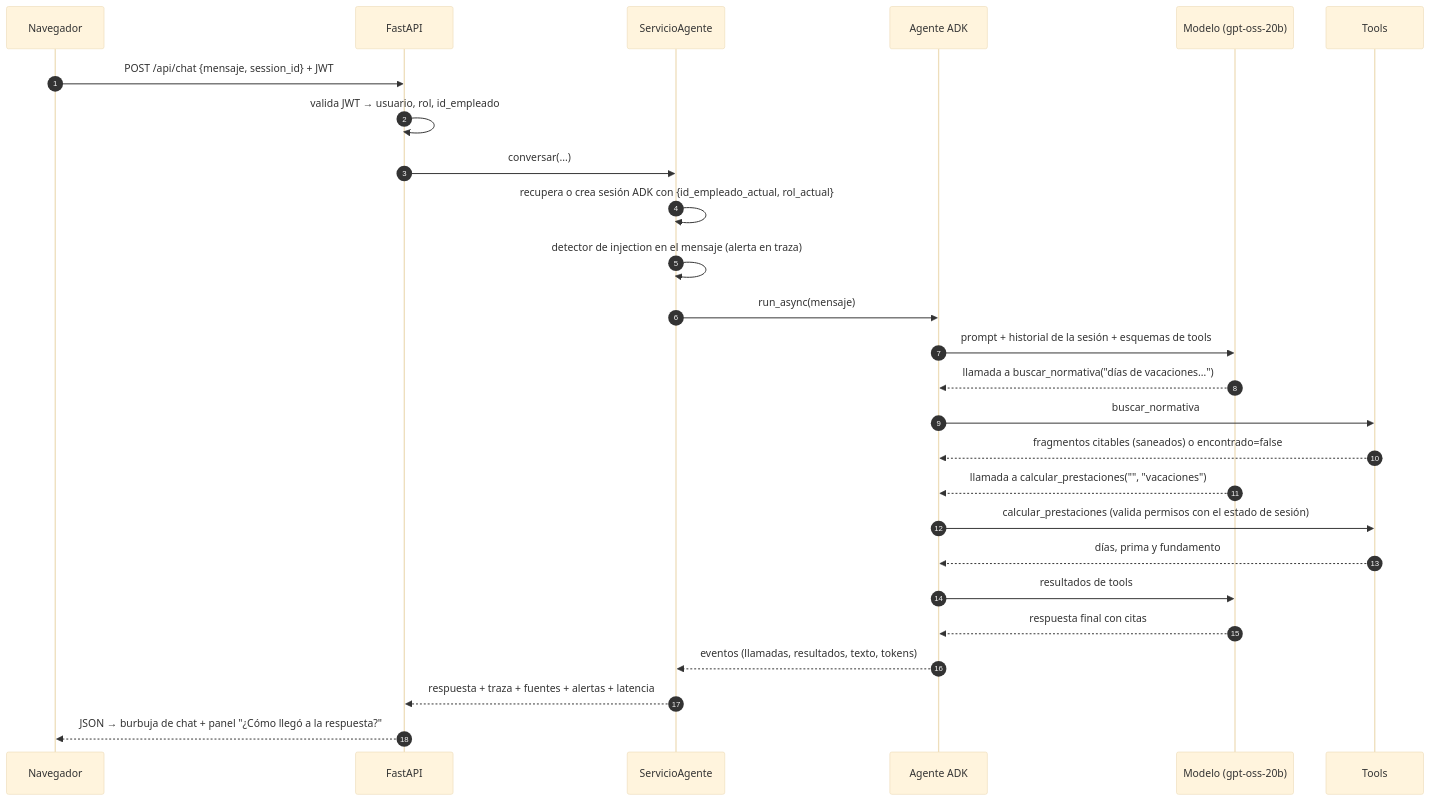
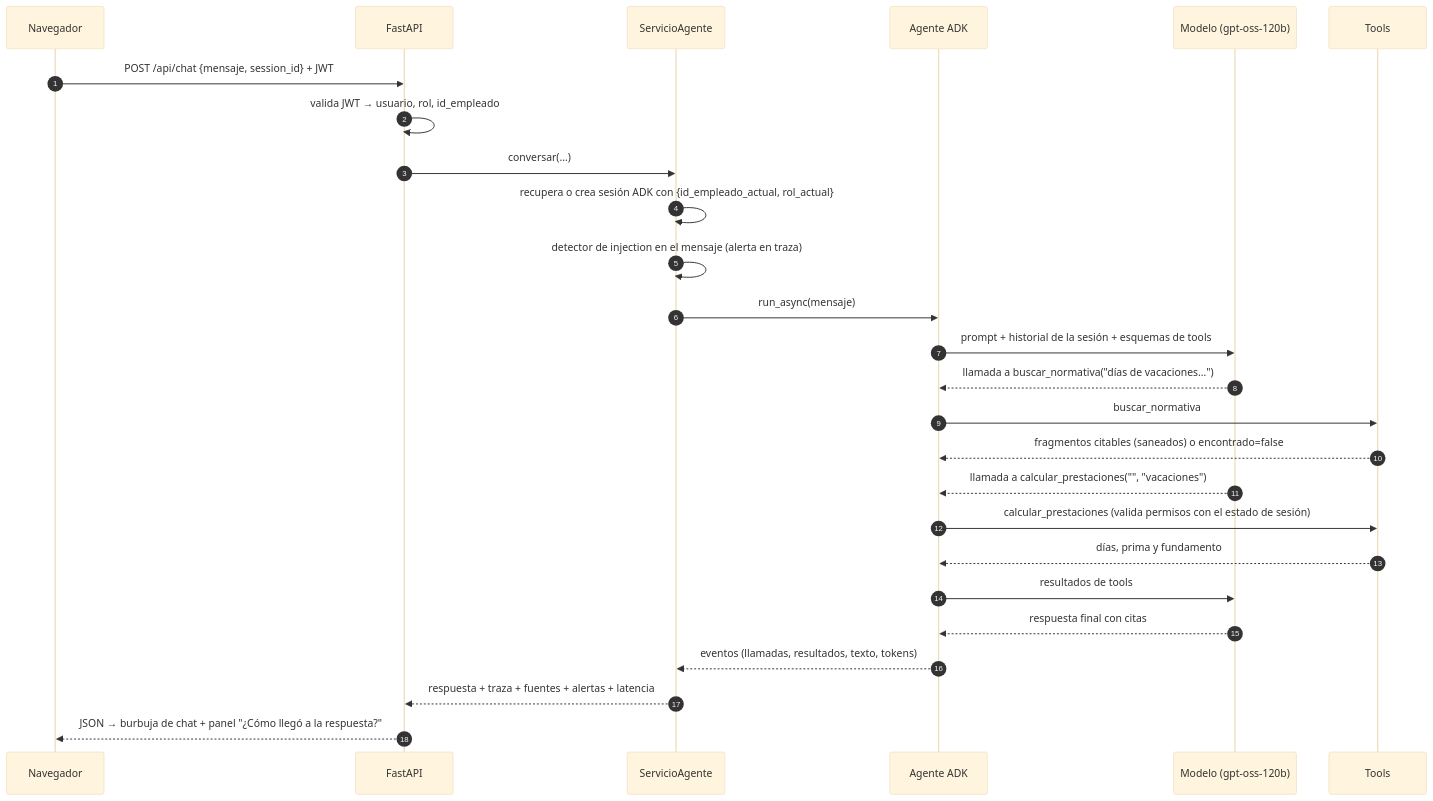
The second of 2 diagrams in docs/arquitectura.md (Chacooo19/agente-rrhh), drawn with Mermaid (base theme) before and after one commit. The commit also changed other lines of this file and 3 other files, not shown here.

````diff
--- a/docs/arquitectura.md
+++ b/docs/arquitectura.md
@@ -32,28 +32,28 @@
 ```mermaid
 sequenceDiagram
     autonumber
     participant N as Navegador
     participant A as FastAPI
     participant S as ServicioAgente
     participant G as Agente ADK
-    participant M as Modelo (gpt-oss-20b)
+    participant M as Modelo (gpt-oss-120b)
     participant T as Tools
     N->>A: POST /api/chat {mensaje, session_id} + JWT
     A->>A: valida JWT → usuario, rol, id_empleado
     A->>S: conversar(...)
     S->>S: recupera o crea sesión ADK con {id_empleado_actual, rol_actual}
     S->>S: detector de injection en el mensaje (alerta en traza)
     S->>G: run_async(mensaje)
     G->>M: prompt + historial de la sesión + esquemas de tools
     M-->>G: llamada a buscar_normativa("días de vacaciones…")
     G->>T: buscar_normativa
     T-->>G: fragmentos citables (saneados) o encontrado=false
     M-->>G: llamada a calcular_prestaciones("", "vacaciones")
     G->>T: calcular_prestaciones (valida permisos con el estado de sesión)
     T-->>G: días, prima y fundamento
     G->>M: resultados de tools
     M-->>G: respuesta final con citas
     G-->>S: eventos (llamadas, resultados, texto, tokens)
     S-->>A: respuesta + traza + fuentes + alertas + latencia
     A-->>N: JSON → burbuja de chat + panel "¿Cómo llegó a la respuesta?"
 ```
````
